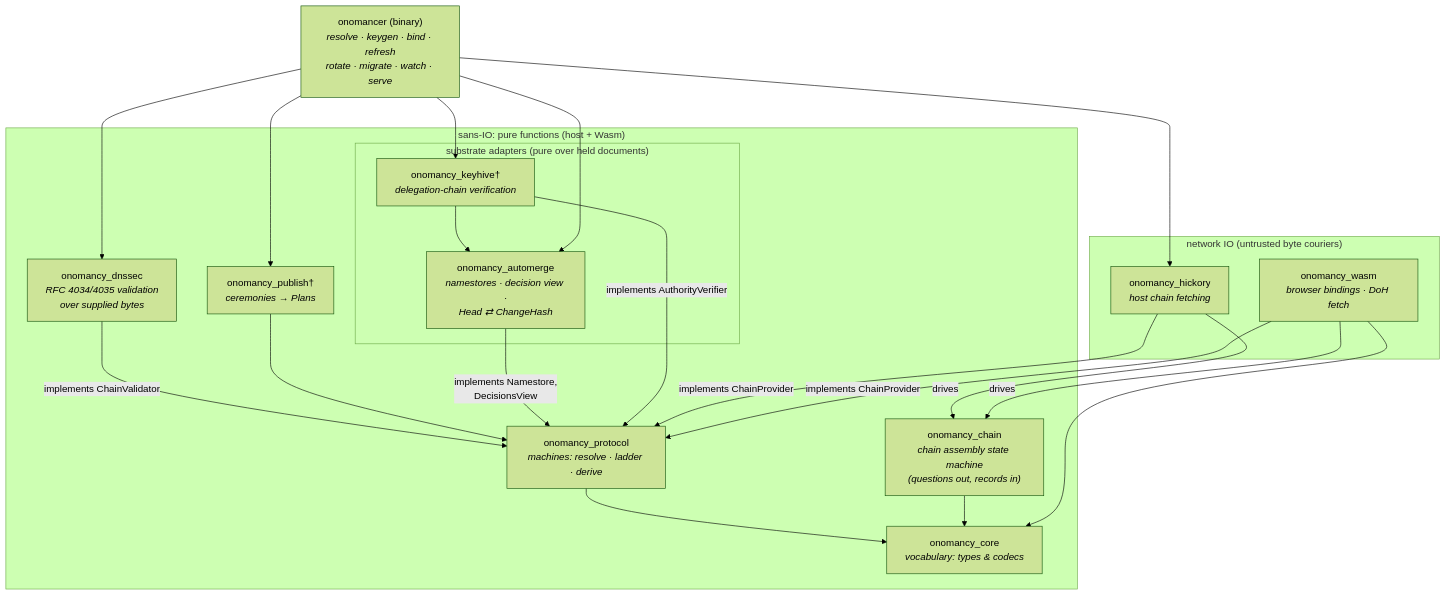
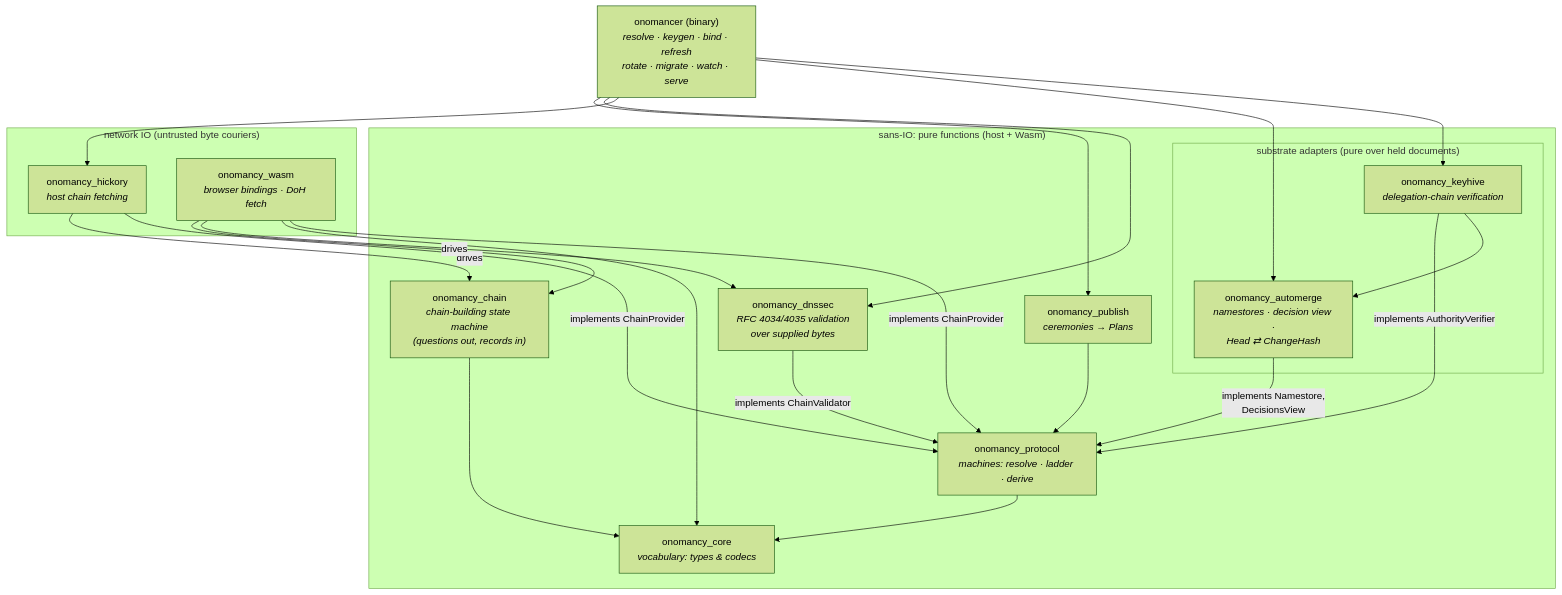
The diagram in README.md (inkandswitch/onomancy), drawn with Mermaid (forest theme) before and after one commit. The commit also changed other lines of this file and 31 other files, not shown here.

````diff
--- a/README.md
+++ b/README.md
@@ -43,40 +45,41 @@
 ```mermaid
 graph TD
     subgraph pure ["sans-IO: pure functions (host + Wasm)"]
         core["onomancy_core<br/><i>vocabulary: types & codecs</i>"]
         proto["onomancy_protocol<br/><i>machines: resolve · ladder · derive</i>"]
         dnssec["onomancy_dnssec<br/><i>RFC 4034/4035 validation<br/>over supplied bytes</i>"]
-        assembly["onomancy_chain<br/><i>chain assembly state machine<br/>(questions out, records in)</i>"]
-        publish["onomancy_publish†<br/><i>ceremonies → Plans</i>"]
+        chain["onomancy_chain<br/><i>chain-building state machine<br/>(questions out, records in)</i>"]
+        publish["onomancy_publish<br/><i>ceremonies → Plans</i>"]
 
         subgraph adapters ["substrate adapters (pure over held documents)"]
             automerge["onomancy_automerge<br/><i>namestores · decision view ·<br/>Head ⇄ ChangeHash</i>"]
-            keyhive["onomancy_keyhive†<br/><i>delegation-chain verification</i>"]
+            keyhive["onomancy_keyhive<br/><i>delegation-chain verification</i>"]
         end
     end
 
     subgraph network ["network IO (untrusted byte couriers)"]
         hickory["onomancy_hickory<br/><i>host chain fetching</i>"]
         wasm["onomancy_wasm<br/><i>browser bindings · DoH fetch</i>"]
     end
 
     onomancer["onomancer (binary)<br/><i>resolve · keygen · bind · refresh<br/>rotate · migrate · watch · serve</i>"]
 
     proto --> core
     dnssec -- "implements ChainValidator" --> proto
-    assembly --> core
-    hickory -- "drives" --> assembly
-    wasm -- "drives" --> assembly
+    chain --> core
+    hickory -- "drives" --> chain
+    wasm -- "drives" --> chain
+    wasm --> dnssec
     publish --> proto
     automerge -- "implements Namestore,<br/>DecisionsView" --> proto
     keyhive -- "implements AuthorityVerifier" --> proto
     keyhive --> automerge
     hickory -- "implements ChainProvider" --> proto
     wasm --> core
     wasm -- "implements ChainProvider" --> proto
     onomancer --> publish
     onomancer --> dnssec
     onomancer --> hickory
     onomancer --> automerge
     onomancer --> keyhive
 ```
````
